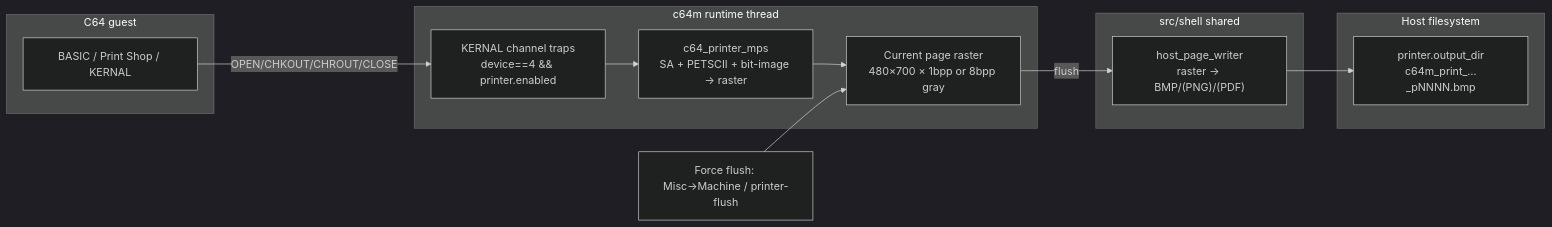
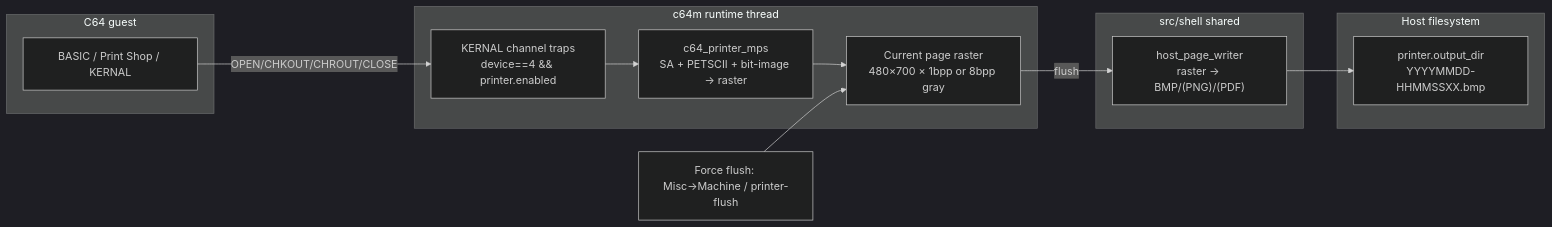
Before and after one commit to StewBC/machines: the first of 2 diagrams in design/c64/iec-printer-host-pages.md, drawn with Mermaid (dark theme). The commit also changed other lines of this file and 5 other files, not shown here.

First line of the commit message:
c64m: name printer pages YYYYMMDD-HHMMSSXX.bmp

````diff
--- a/design/c64/iec-printer-host-pages.md
+++ b/design/c64/iec-printer-host-pages.md
@@ -96,27 +96,27 @@
 ```mermaid
 flowchart LR
   subgraph guest [C64 guest]
     BASIC["BASIC / Print Shop / KERNAL"]
   end
 
   subgraph c64m [c64m runtime thread]
     TRAP["KERNAL channel traps<br/>device==4 && printer.enabled"]
     MPS["c64_printer_mps<br/>SA + PETSCII + bit-image → raster"]
     BUF["Current page raster<br/>480×700 × 1bpp or 8bpp gray"]
   end
 
   subgraph shell [src/shell shared]
     WR["host_page_writer<br/>raster → BMP/(PNG)/(PDF)"]
   end
 
   subgraph host [Host filesystem]
-    DIR["printer.output_dir<br/>c64m_print_…_pNNNN.bmp"]
+    DIR["printer.output_dir<br/>YYYYMMDD-HHMMSSXX.bmp"]
   end
 
   BASIC -->|OPEN/CHKOUT/CHROUT/CLOSE| TRAP
   TRAP --> MPS
   MPS --> BUF
   BUF -->|flush| WR
   WR --> DIR
   UI["Force flush: Misc→Machine / printer-flush"] --> BUF
 ```
````
